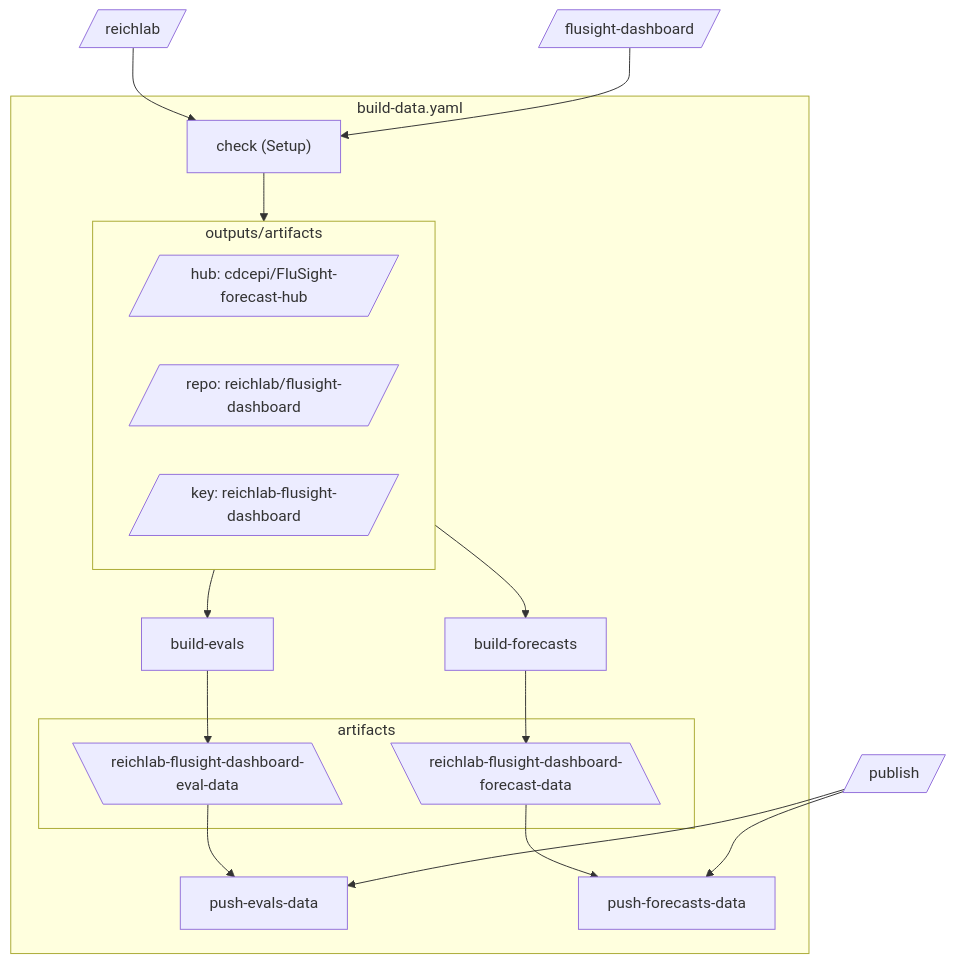
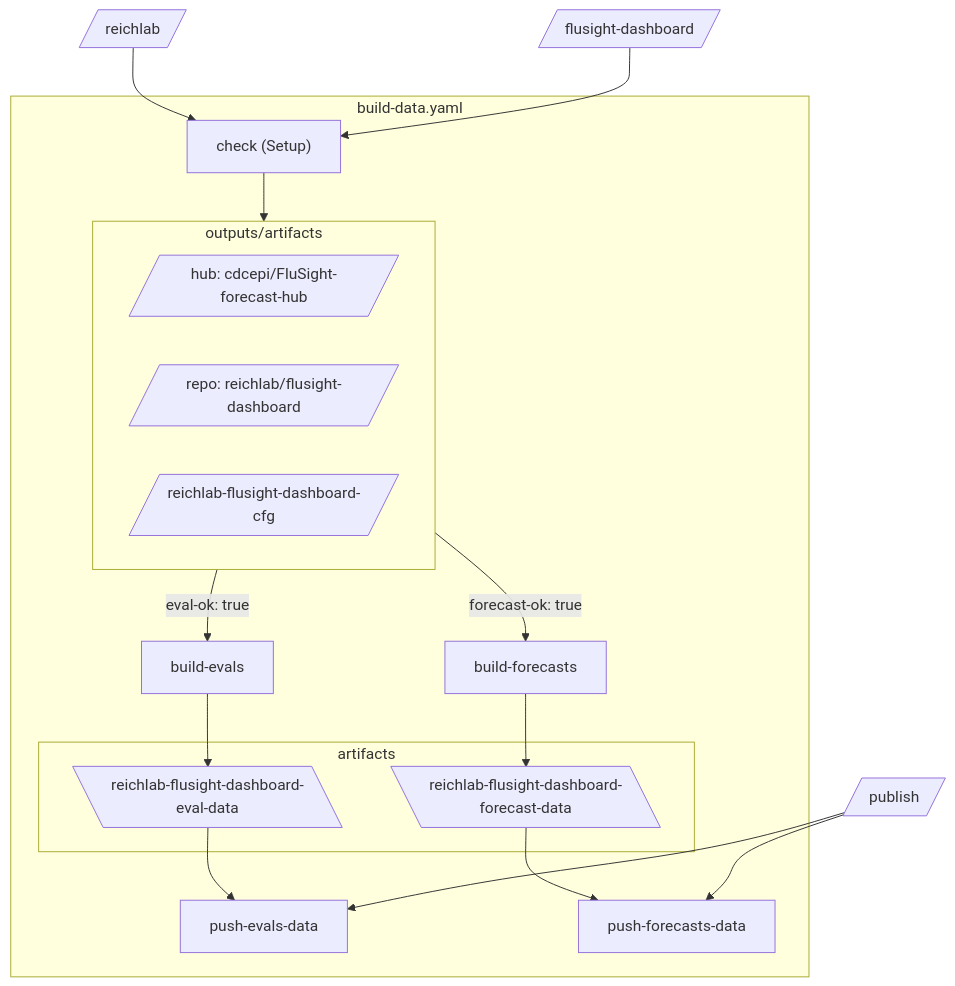
Before and after one commit to hubverse-org/hubDocs: the sixth of 8 diagrams in docs/source/developer/dashboard-workflows.md, drawn with Mermaid. The commit also changed other lines of this file, not shown here.

Commit message:
add footnotes to clarify inputs/artifacts

````diff
--- a/docs/source/developer/dashboard-workflows.md
+++ b/docs/source/developer/dashboard-workflows.md
@@ -453,27 +464,27 @@
 ```{mermaid}
 :name: generate-data-overview
 :config: {"theme": "base", "themeVariables": {"primaryColor": "#dbeefb", "primaryBorderColor": "#3c88be"}}
 flowchart TD
     org[/reichlab/]
     dashboard[/flusight-dashboard/]
     publish[/publish/]
     subgraph build-data.yaml
         check["check (Setup)"]
         subgraph outputs/artifacts
             hub[/hub: cdcepi/FluSight-forecast-hub/]
             repo[/repo: reichlab/flusight-dashboard/]
-            cfg[/key: reichlab-flusight-dashboard/]
+            artifact[/reichlab-flusight-dashboard-cfg/]
         end
         subgraph artifacts
             eval-data[\"reichlab-flusight-dashboard-eval-data"\]
             forecast-data[\"reichlab-flusight-dashboard-forecast-data"\]
         end
         check --> outputs/artifacts
-        outputs/artifacts --> build-evals --> eval-data --> push-evals-data
-        outputs/artifacts --> build-forecasts --> forecast-data --> push-forecasts-data
+        outputs/artifacts -->|eval-ok: true| build-evals --> eval-data --> push-evals-data
+        outputs/artifacts -->|forecast-ok: true| build-forecasts --> forecast-data --> push-forecasts-data
     end
     org --> check
     dashboard --> check
     publish --> push-evals-data
     publish --> push-forecasts-data
 ```
````
